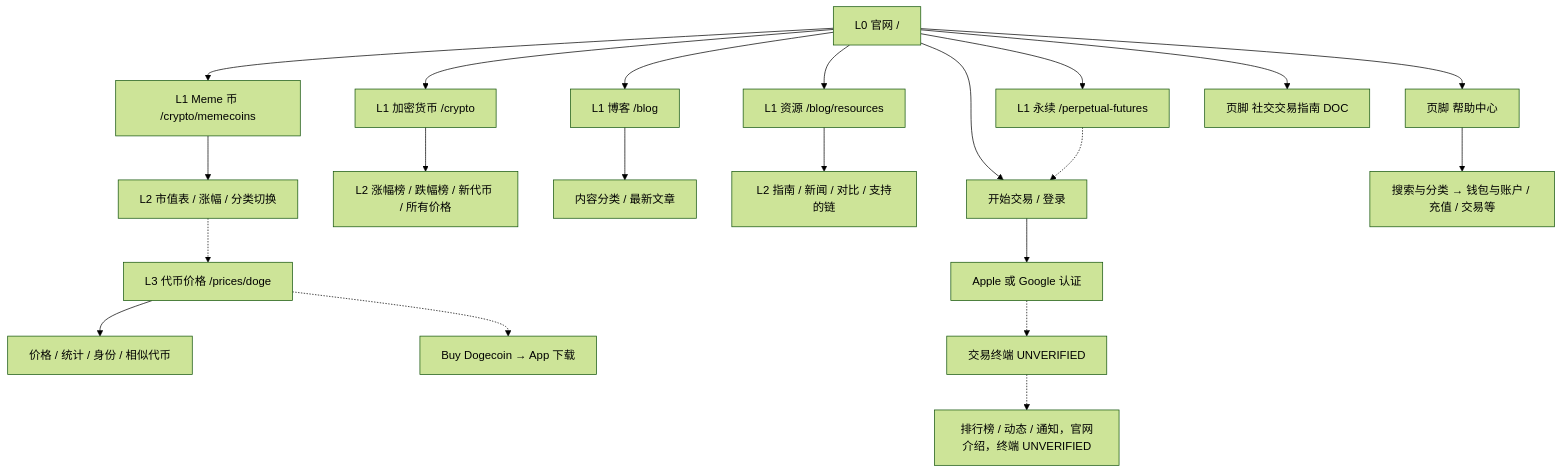
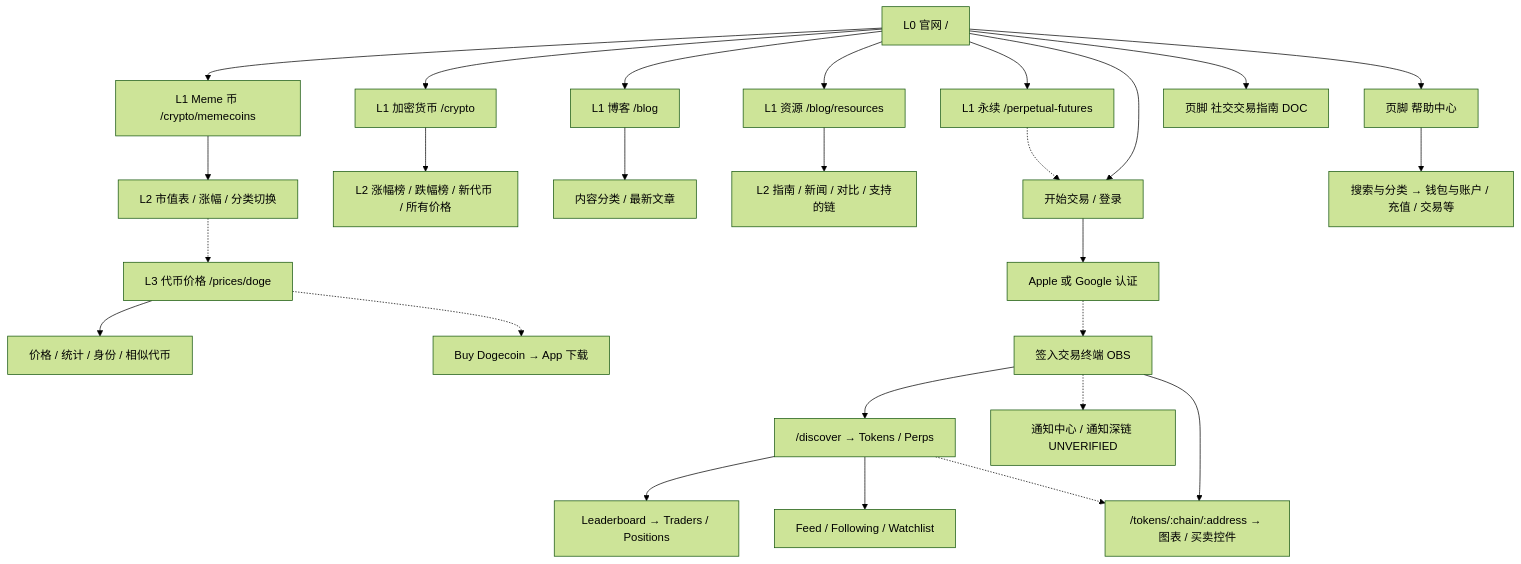
The diagram in docs/research/competitor-audit/product-architecture/sitemaps/04-fomo.mmd (dinnelthai/logearn-compare), drawn with Mermaid (forest theme) before and after one commit. The commit also changed 18 other files, not shown here.

```diff
--- a/docs/research/competitor-audit/product-architecture/sitemaps/04-fomo.mmd
+++ b/docs/research/competitor-audit/product-architecture/sitemaps/04-fomo.mmd
@@ -1,21 +1,26 @@
 flowchart TD
   H["L0 官网 /"] --> A["L1 加密货币 /crypto"]
   H --> M["L1 Meme 币 /crypto/memecoins"]
   H --> P["L1 永续 /perpetual-futures"]
   H --> B["L1 博客 /blog"]
   H --> R["L1 资源 /blog/resources"]
   H --> HELP["页脚 帮助中心"]
   H --> LOGIN["开始交易 / 登录"]
   A --> A2["L2 涨幅榜 / 跌幅榜 / 新代币 / 所有价格"]
   P -.-> LOGIN
   B --> B2["内容分类 / 最新文章"]
   R --> R2["L2 指南 / 新闻 / 对比 / 支持的链"]
   M --> TABLE["L2 市值表 / 涨幅 / 分类切换"]
   TABLE -.-> D["L3 代币价格 /prices/doge"]
   D --> D2["价格 / 统计 / 身份 / 相似代币"]
   D -.-> BUY["Buy Dogecoin → App 下载"]
   HELP --> HS["搜索与分类 → 钱包与账户 / 充值 / 交易等"]
   LOGIN --> OAUTH["Apple 或 Google 认证"]
-  OAUTH -.-> TERMINAL["交易终端 UNVERIFIED"]
+  OAUTH -.-> TERMINAL["签入交易终端 OBS"]
   H --> GUIDE["页脚 社交交易指南 DOC"]
-  TERMINAL -.-> SO["排行榜 / 动态 / 通知，官网介绍，终端 UNVERIFIED"]
+  TERMINAL --> FD["/discover → Tokens / Perps"]
+  TERMINAL --> FT["/tokens/:chain/:address → 图表 / 买卖控件"]
+  FD --> FL["Leaderboard → Traders / Positions"]
+  FD --> FF["Feed / Following / Watchlist"]
+  FD -.-> FT
+  TERMINAL -.-> SO["通知中心 / 通知深链 UNVERIFIED"]
```
